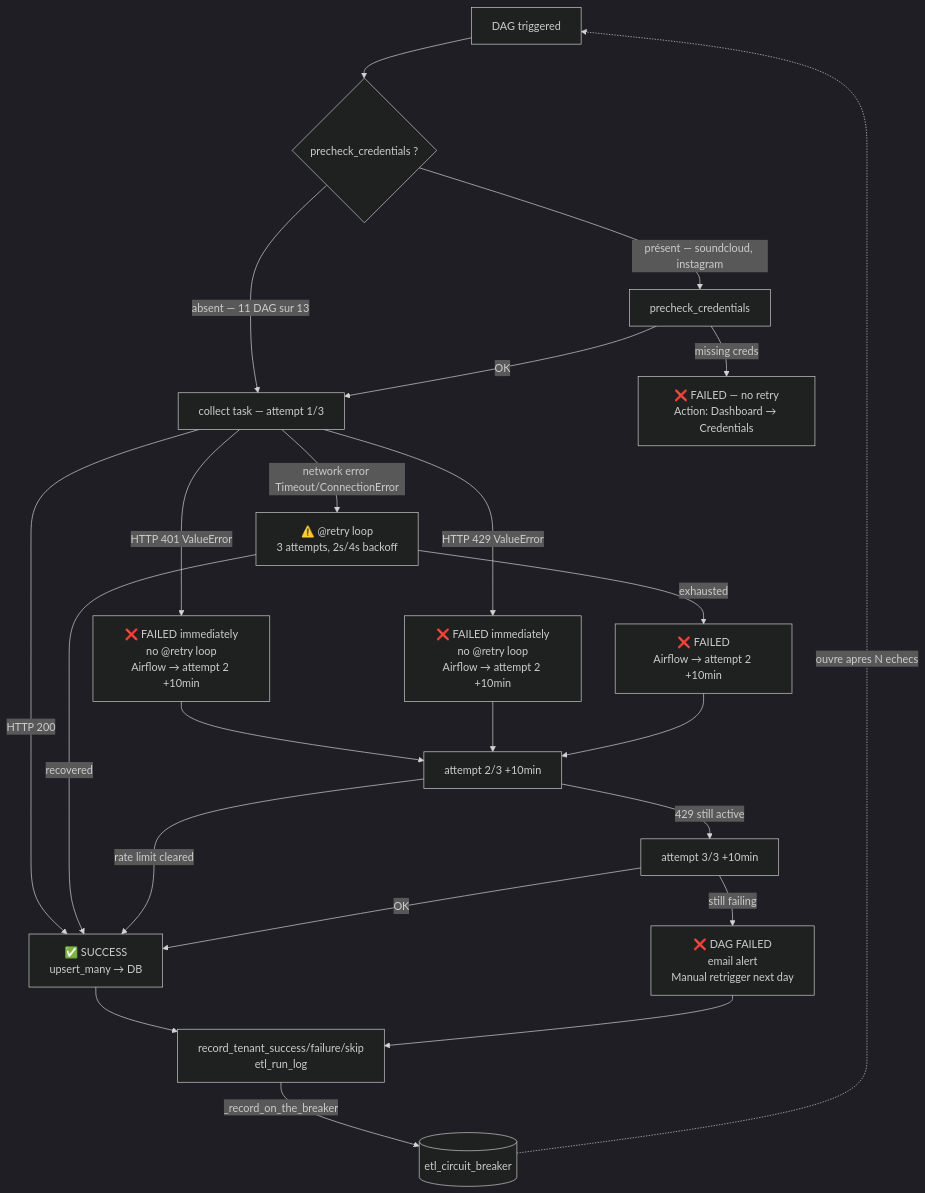
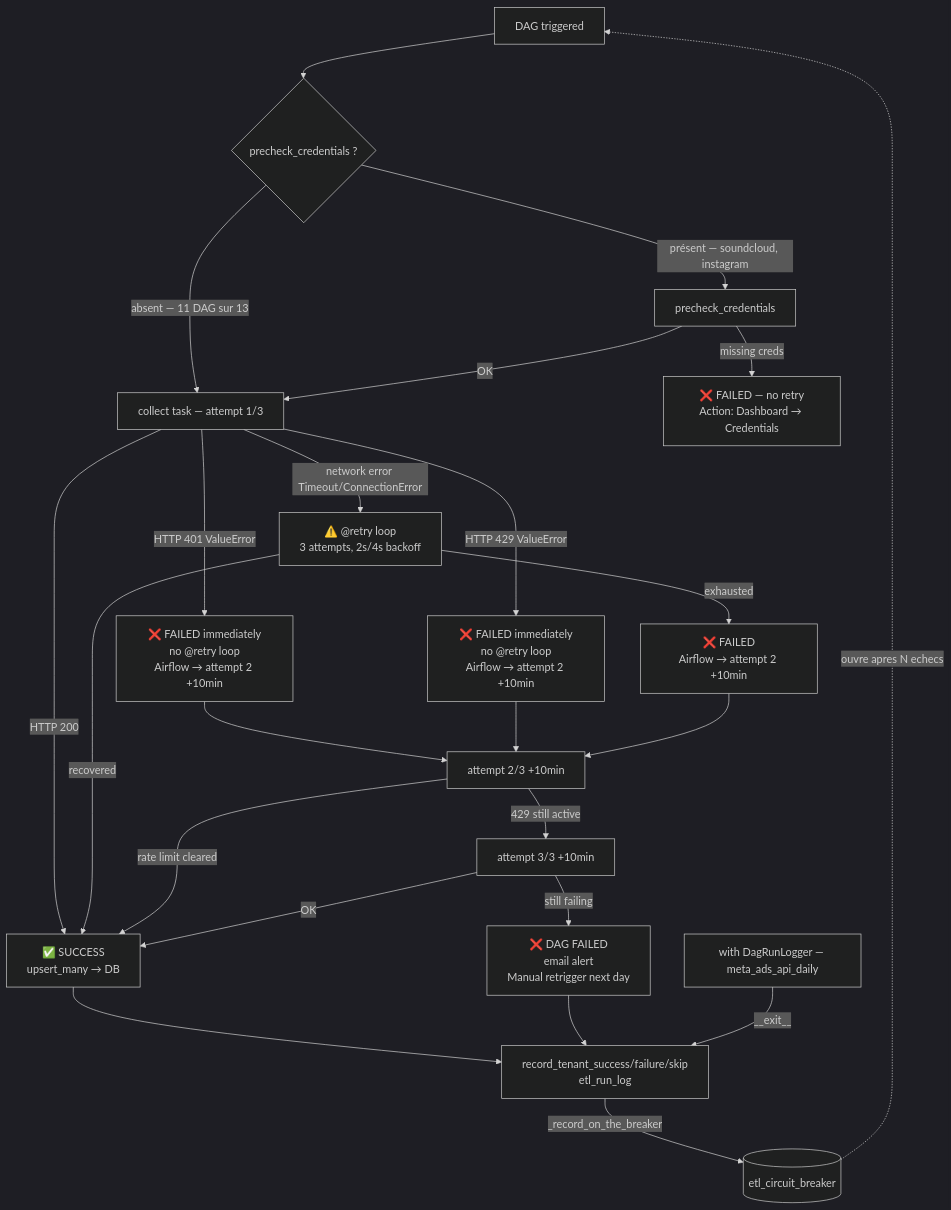
The third of 3 diagrams in .claude/dev-docs/architecture.md (1x7xxxxxxx/Dashboard_music_platform_algo_spotify), drawn with Mermaid (dark theme) before and after one commit. The commit also changed other lines of this file, not shown here.

Commit message:
architecture.md : schema #3 dessine le chemin DagRunLogger -> journal -> disjoncteur (Meta) ; schema #1 dit que 8501/8502 sont les services de prod (compose.example), verifies au rendu

````diff
--- a/.claude/dev-docs/architecture.md
+++ b/.claude/dev-docs/architecture.md
@@ -223,30 +226,34 @@
 ```mermaid
 flowchart TD
     A[DAG triggered] --> B{precheck_credentials ?}
     B -->|absent — 11 DAG sur 13| C
     B -->|présent — soundcloud, instagram| B2[precheck_credentials]
     B2 -->|missing creds| FAIL1[❌ FAILED — no retry\nAction: Dashboard → Credentials]
     B2 -->|OK| C[collect task — attempt 1/3]
 
     C -->|HTTP 200| SUCCESS[✅ SUCCESS\nupsert_many → DB]
     C -->|HTTP 401 ValueError| FAIL2[❌ FAILED immediately\nno @retry loop\nAirflow → attempt 2 +10min]
     C -->|HTTP 429 ValueError| FAIL3[❌ FAILED immediately\nno @retry loop\nAirflow → attempt 2 +10min]
     C -->|network error Timeout/ConnectionError| RETRY[⚠️ @retry loop\n3 attempts, 2s/4s backoff]
     RETRY -->|recovered| SUCCESS
     RETRY -->|exhausted| FAIL4[❌ FAILED\nAirflow → attempt 2 +10min]
 
     FAIL2 --> ATT2[attempt 2/3 +10min]
     FAIL3 --> ATT2
     FAIL4 --> ATT2
 
     ATT2 -->|429 still active| ATT3[attempt 3/3 +10min]
     ATT2 -->|rate limit cleared| SUCCESS
     ATT3 -->|still failing| FINAL[❌ DAG FAILED\nemail alert\nManual retrigger next day]
     ATT3 -->|OK| SUCCESS
 
     %% Ce que le flux ci-dessus NE montrait PAS jusqu'au 2026-09-18, et qui existe.
     SUCCESS --> LOG[record_tenant_success/failure/skip<br/>etl_run_log]
     FINAL --> LOG
+    %% Second chemin, absent jusqu'au 2026-09-26 : un DAG qui ouvre `with DagRunLogger(…)`
+    %% (meta_ads_api_daily) atteint le même journal et le même disjoncteur sans appeler
+    %% record_tenant_* (revue d'architecture du 2026-09-26).
+    DRL[with DagRunLogger — meta_ads_api_daily] -->|__exit__| LOG
     LOG -->|_record_on_the_breaker| CB[(etl_circuit_breaker)]
     CB -.->|ouvre apres N echecs| A
 ```
````
